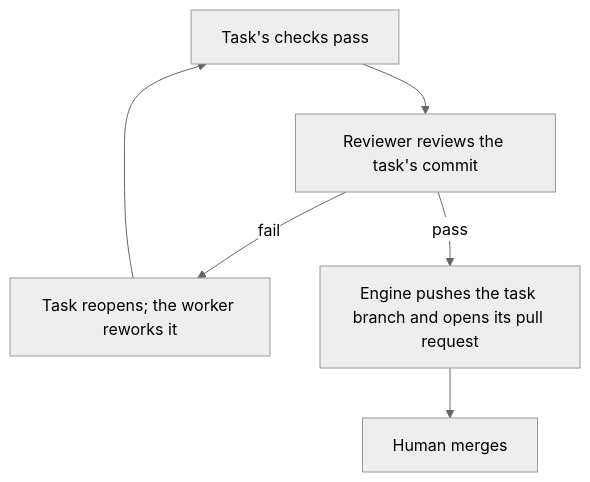
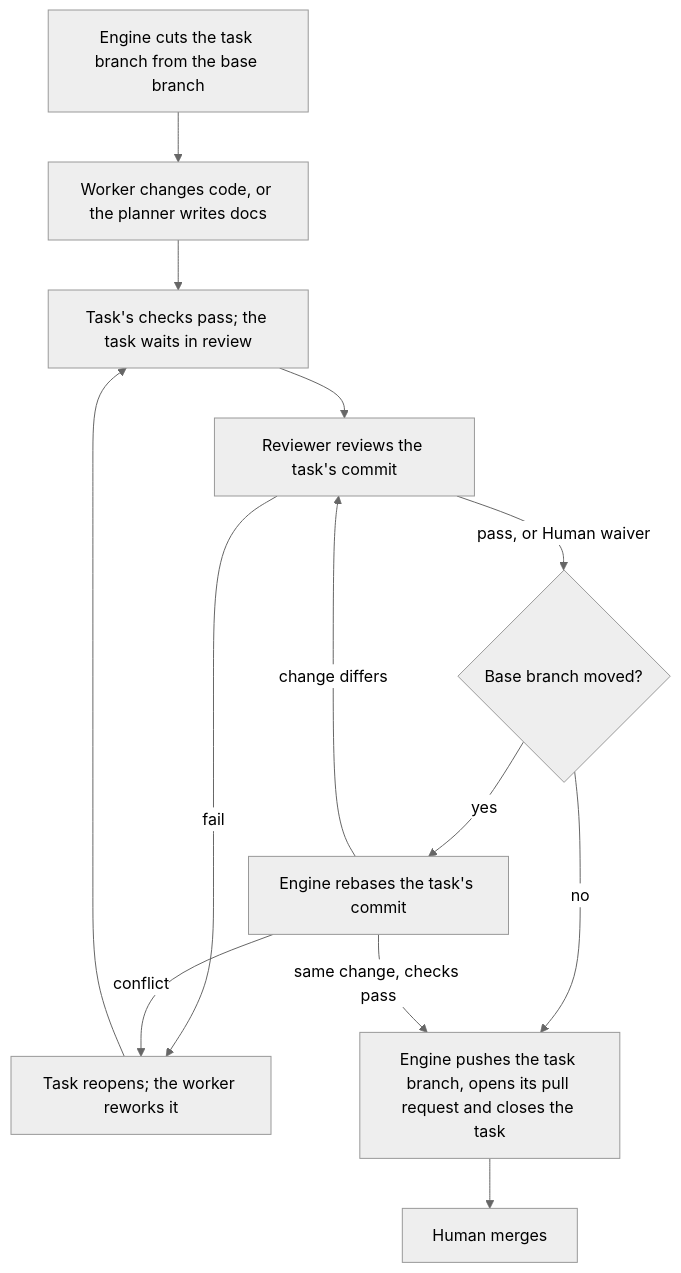
One commit to trustmybot/tmb changed the second of 2 diagrams in docs/architecture/WORKFLOW.md. Above: the diagram before and after it, drawn with Mermaid (neutral theme). The commit also changed other lines of this file and 3 other files, not shown here.

````diff
--- a/docs/architecture/WORKFLOW.md
+++ b/docs/architecture/WORKFLOW.md
@@ -75,8 +75,15 @@
 ```mermaid
 flowchart TD
-    A[Task's checks pass] --> B[Reviewer reviews the task's commit]
+    S[Engine cuts the task branch from the base branch] --> W[Worker changes code, or the planner writes docs]
+    W --> A[Task's checks pass; the task waits in review]
+    A --> B[Reviewer reviews the task's commit]
     B -- fail --> C[Task reopens; the worker reworks it]
     C --> A
-    B -- pass --> D[Engine pushes the task branch and opens its pull request]
+    B -- pass, or Human waiver --> R{Base branch moved?}
+    R -- no --> D[Engine pushes the task branch, opens its pull request and closes the task]
+    R -- yes --> RB[Engine rebases the task's commit]
+    RB -- conflict --> C
+    RB -- same change, checks pass --> D
+    RB -- change differs --> B
     D --> E[Human merges]
 ```
````
